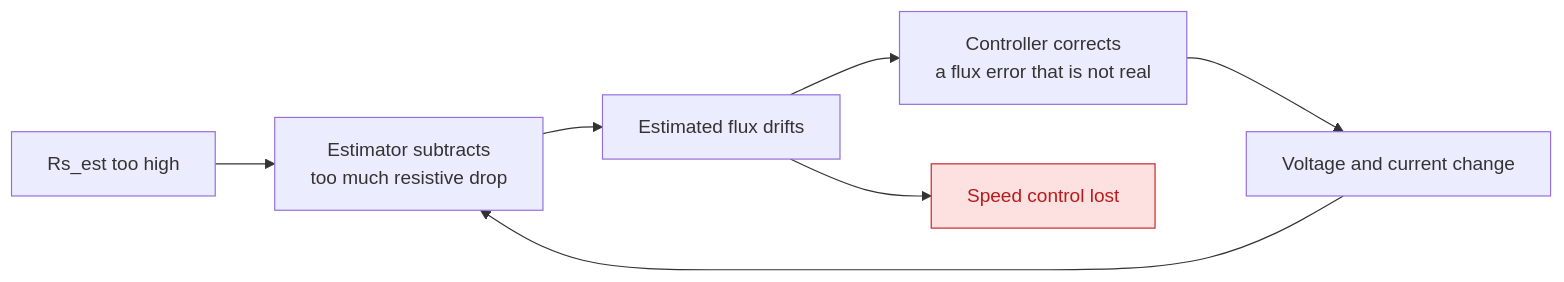
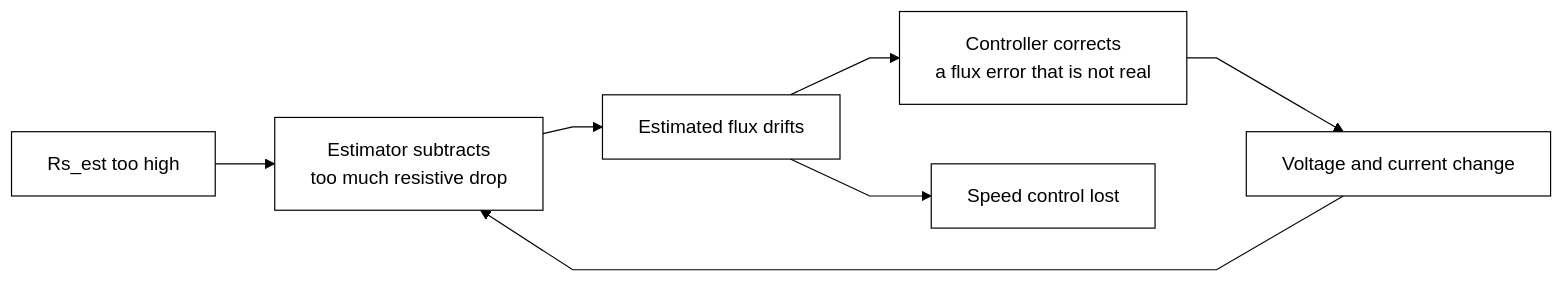
One commit to kunalkushwahatg/Direct-torque-control-of-PMSM-motor changed the second of 2 diagrams in experiments/exp03_rs_boundary/README.md. Above: the diagram before and after it, drawn with Mermaid. The commit also changed other lines of this file and 6 other files, not shown here.

Commit message:
Make Mermaid diagrams monochrome with straight edges

````diff
--- a/experiments/exp03_rs_boundary/README.md
+++ b/experiments/exp03_rs_boundary/README.md
@@ -54,11 +51,10 @@
 ```mermaid
+%%{init: {'theme': 'base', 'themeVariables': {'primaryColor': '#ffffff', 'primaryTextColor': '#000000', 'primaryBorderColor': '#000000', 'lineColor': '#000000', 'secondaryColor': '#ffffff', 'tertiaryColor': '#ffffff', 'fontFamily': 'Helvetica'}, 'flowchart': {'curve': 'linear'}} }%%
 flowchart LR
     A["Rs_est too high"] --> B["Estimator subtracts<br/>too much resistive drop"]
     B --> C["Estimated flux drifts"]
     C --> D["Controller corrects<br/>a flux error that is not real"]
     D --> E["Voltage and current change"]
     E --> B
     C --> F["Speed control lost"]
-    classDef bad fill:#fde0e0,stroke:#c62828,color:#b71c1c;
-    class F bad;
 ```
````
